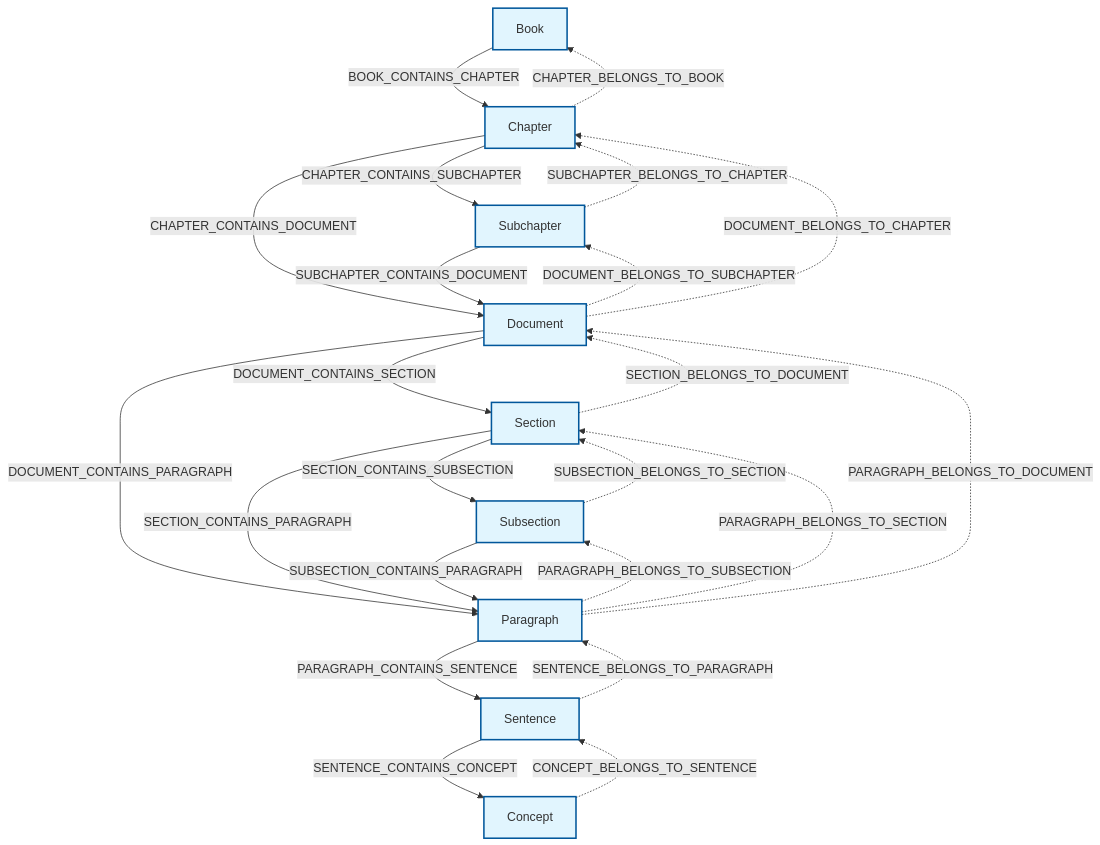
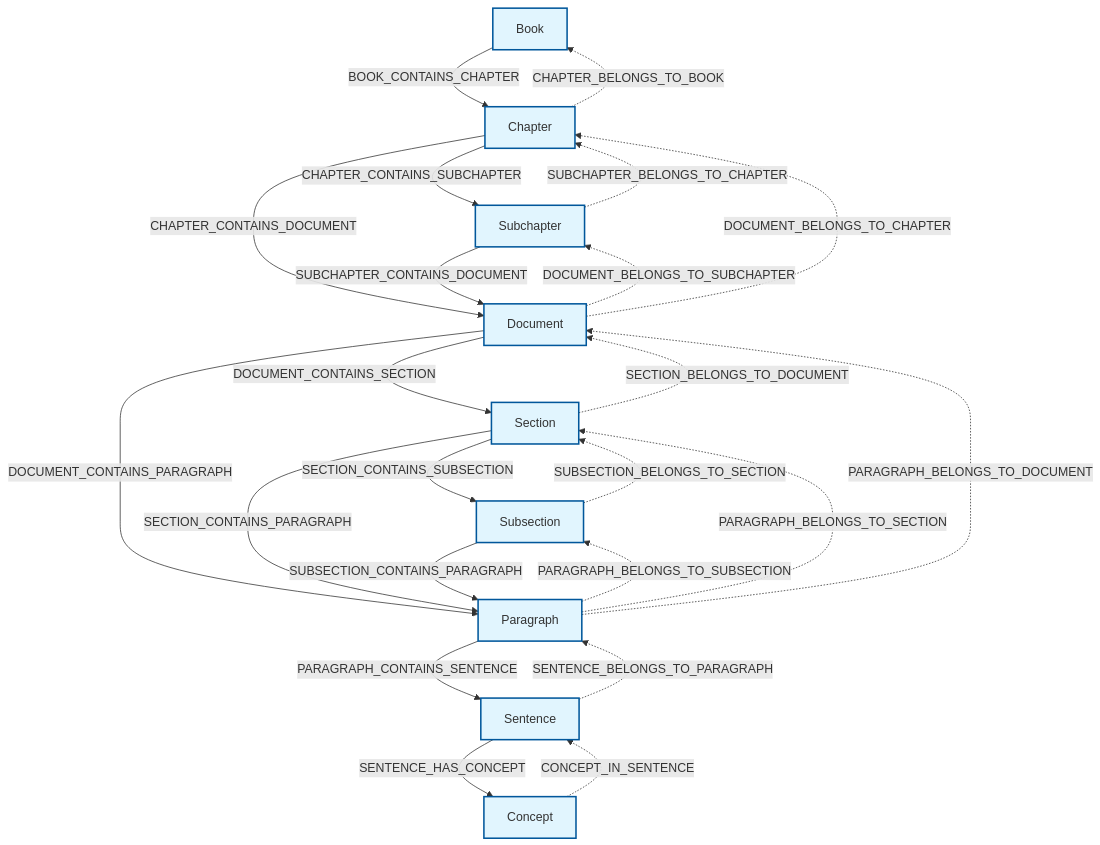
Before and after one commit to PedegreeStudios/bee-graph: the diagram in README.md, drawn with Mermaid. The commit also changed 5 other files, not shown here.

````diff
--- a/README.md
+++ b/README.md
@@ -133,44 +133,44 @@
 ```mermaid
 graph TD
     %% Node Types
     Book[Book]
     Chapter[Chapter]
     Subchapter[Subchapter]
     Document[Document]
     Section[Section]
     Subsection[Subsection]
     Paragraph[Paragraph]
     Sentence[Sentence]
     Concept[Concept]
 
     %% Top-Down CONTAINS Relationships
     Book -->|BOOK_CONTAINS_CHAPTER| Chapter
     Chapter -->|CHAPTER_CONTAINS_SUBCHAPTER| Subchapter
     Chapter -->|CHAPTER_CONTAINS_DOCUMENT| Document
     Subchapter -->|SUBCHAPTER_CONTAINS_DOCUMENT| Document
     Document -->|DOCUMENT_CONTAINS_SECTION| Section
     Document -->|DOCUMENT_CONTAINS_PARAGRAPH| Paragraph
     Section -->|SECTION_CONTAINS_SUBSECTION| Subsection
     Section -->|SECTION_CONTAINS_PARAGRAPH| Paragraph
     Subsection -->|SUBSECTION_CONTAINS_PARAGRAPH| Paragraph
     Paragraph -->|PARAGRAPH_CONTAINS_SENTENCE| Sentence
-    Sentence -->|SENTENCE_CONTAINS_CONCEPT| Concept
+    Sentence -->|SENTENCE_HAS_CONCEPT| Concept
 
     %% Bottom-Up BELONGS_TO Relationships
-    Concept -.->|CONCEPT_BELONGS_TO_SENTENCE| Sentence
+    Concept -.->|CONCEPT_IN_SENTENCE| Sentence
     Sentence -.->|SENTENCE_BELONGS_TO_PARAGRAPH| Paragraph
     Paragraph -.->|PARAGRAPH_BELONGS_TO_SUBSECTION| Subsection
     Paragraph -.->|PARAGRAPH_BELONGS_TO_SECTION| Section
     Paragraph -.->|PARAGRAPH_BELONGS_TO_DOCUMENT| Document
     Subsection -.->|SUBSECTION_BELONGS_TO_SECTION| Section
     Section -.->|SECTION_BELONGS_TO_DOCUMENT| Document
     Document -.->|DOCUMENT_BELONGS_TO_SUBCHAPTER| Subchapter
     Document -.->|DOCUMENT_BELONGS_TO_CHAPTER| Chapter
     Subchapter -.->|SUBCHAPTER_BELONGS_TO_CHAPTER| Chapter
     Chapter -.->|CHAPTER_BELONGS_TO_BOOK| Book
 
     %% Styling
     classDef nodeType fill:#e1f5fe,stroke:#01579b,stroke-width:2px
 
     class Book,Chapter,Subchapter,Document,Section,Subsection,Paragraph,Sentence,Concept nodeType
 ```
````
